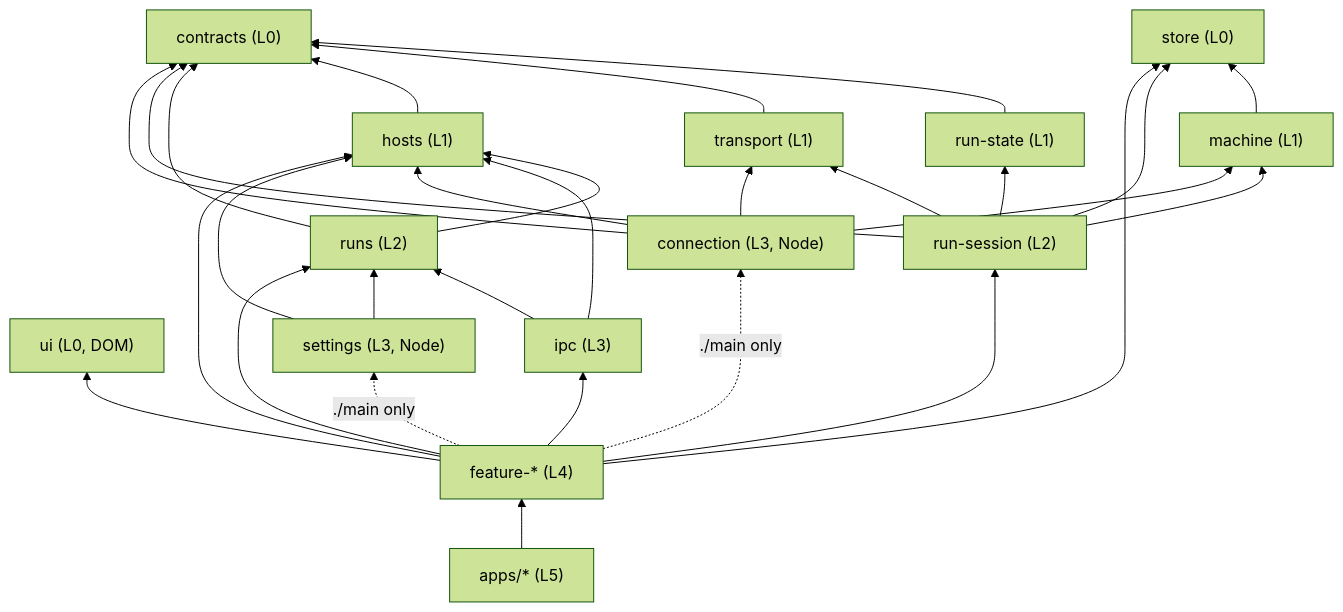
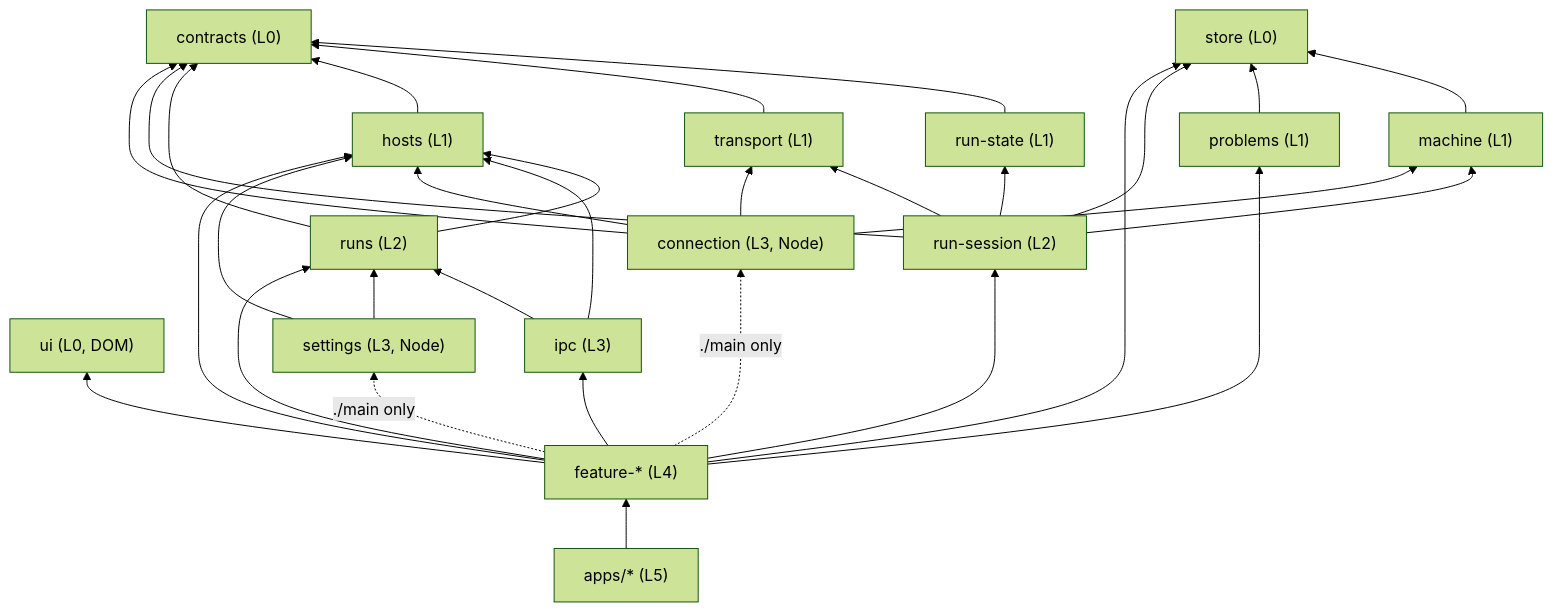
One commit to uw-syfi/vibesys changed the diagram in docs/contributing/clients-architecture.md. Above: the diagram before and after it, drawn with Mermaid (forest theme). The commit also changed other lines of this file and 81 other files, not shown here.

````diff
--- a/docs/contributing/clients-architecture.md
+++ b/docs/contributing/clients-architecture.md
@@ -86,18 +88,19 @@
 ```mermaid
 flowchart BT
   contracts["contracts (L0)"]
   ui["ui (L0, DOM)"]
   store["store (L0)"]
   run-state["run-state (L1)"] --> contracts
   transport["transport (L1)"] --> contracts
   hosts["hosts (L1)"] --> contracts
   runs["runs (L2)"] --> contracts & hosts
   machine["machine (L1)"] --> store
+  problems["problems (L1)"] --> store
   run-session["run-session (L2)"] --> contracts & run-state & transport & store & machine
   ipc["ipc (L3)"] --> hosts & runs
   connection["connection (L3, Node)"] --> contracts & transport & hosts & machine
   settings["settings (L3, Node)"] --> hosts & runs
-  features["feature-* (L4)"] --> run-session & runs & hosts & ipc & ui & store
+  features["feature-* (L4)"] --> run-session & runs & hosts & ipc & ui & store & problems
   features -. "./main only" .-> connection & settings
   apps["apps/* (L5)"] --> features
 ```
````
